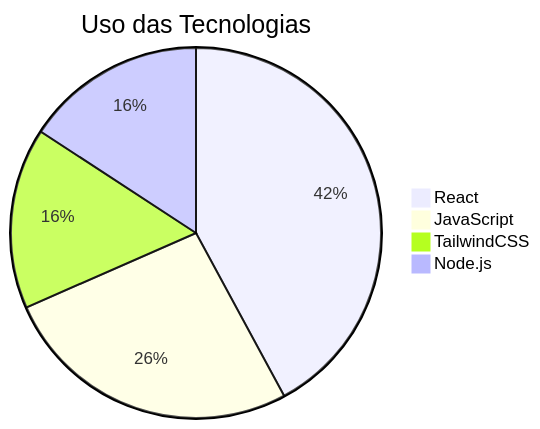
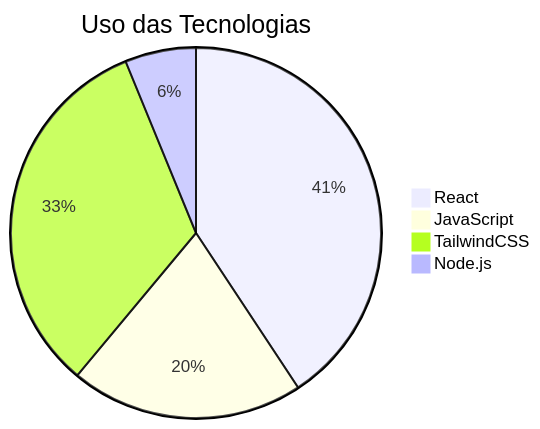
Before and after one commit to Devora-Oficial/Devora-Hackathon: the first of 4 diagrams in README.md, drawn with Mermaid.

````diff
--- a/README.md
+++ b/README.md
@@ -23,7 +23,7 @@
 ```mermaid
 pie title Uso das Tecnologias
-    "React" : 40
-    "JavaScript" : 25
-    "TailwindCSS" : 15
-    "Node.js" : 15
+    "React" : 46
+    "JavaScript" : 23
+    "TailwindCSS" : 37
+    "Node.js" : 7
 ```
````
